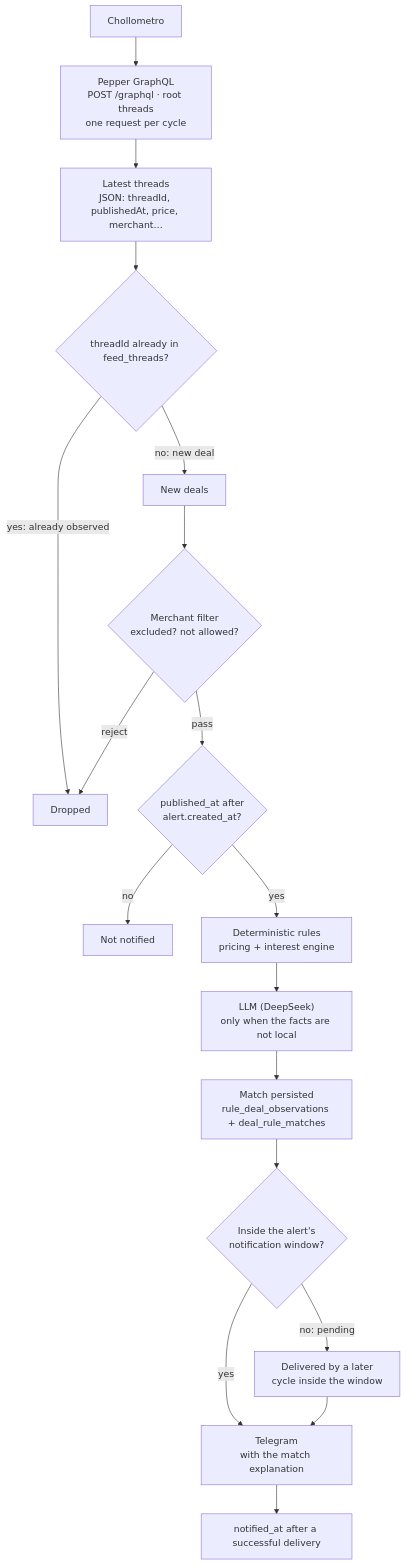
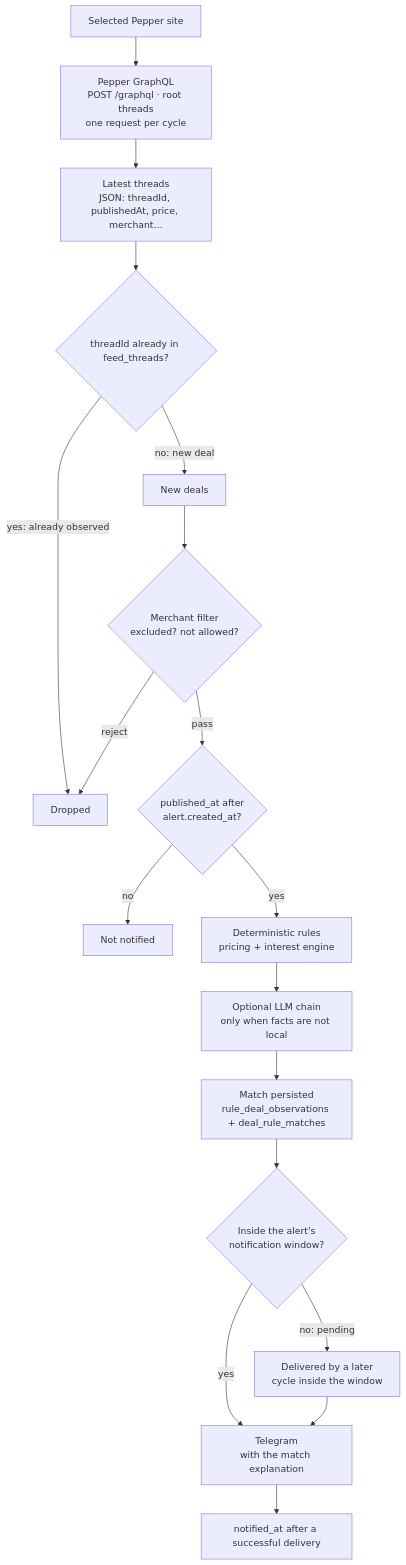
The first of 2 diagrams in README.md (vgvr0/chollo-alerts), drawn with Mermaid before and after one commit. The commit also changed other lines of this file, not shown here.

````diff
--- a/README.md
+++ b/README.md
@@ -121,20 +140,20 @@
 ```mermaid
 flowchart TD
-    A["Chollometro"] --> B["Pepper GraphQL<br/>POST /graphql · root threads<br/>one request per cycle"]
+    A["Selected Pepper site"] --> B["Pepper GraphQL<br/>POST /graphql · root threads<br/>one request per cycle"]
     B --> C["Latest threads<br/>JSON: threadId, publishedAt, price, merchant…"]
     C --> D{"threadId already in feed_threads?"}
     D -- "yes: already observed" --> E["Dropped"]
     D -- "no: new deal" --> F["New deals"]
     F --> G{"Merchant filter<br/>excluded? not allowed?"}
     G -- "reject" --> E
     G -- "pass" --> H{"published_at after<br/>alert.created_at?"}
     H -- "no" --> J["Not notified"]
     H -- "yes" --> I["Deterministic rules<br/>pricing + interest engine"]
-    I --> P["LLM (DeepSeek)<br/>only when the facts are not local"]
+    I --> P["Optional LLM chain<br/>only when facts are not local"]
     P --> K["Match persisted<br/>rule_deal_observations + deal_rule_matches"]
     K --> L{"Inside the alert's<br/>notification window?"}
     L -- "no: pending" --> M["Delivered by a later<br/>cycle inside the window"]
     L -- "yes" --> N["Telegram<br/>with the match explanation"]
     M --> N
     N --> O["notified_at after a successful delivery"]
 ```
````
